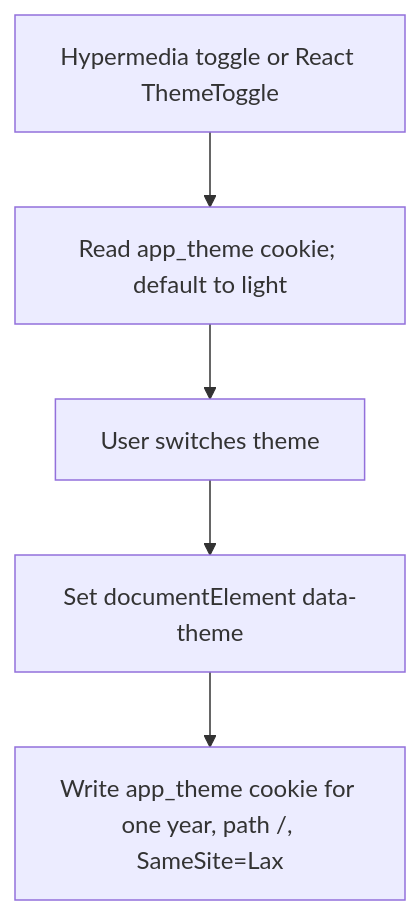
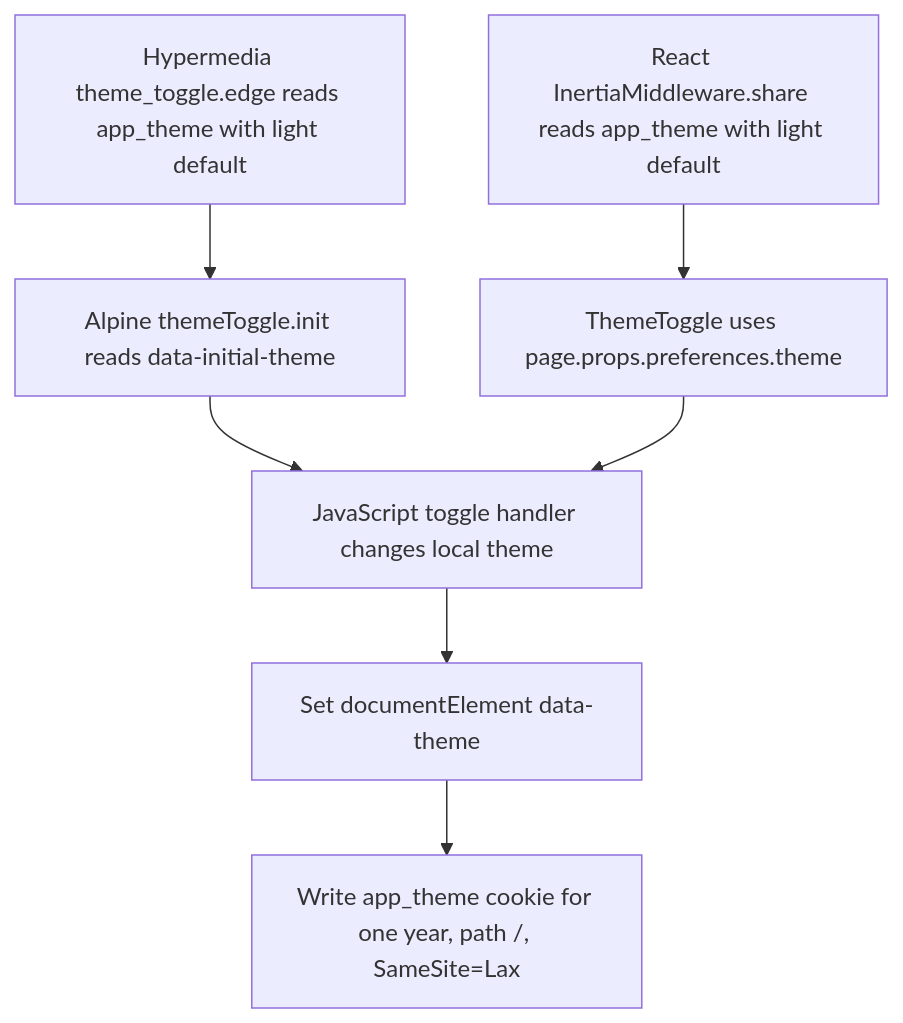
The second of 2 diagrams in user-stories/accounts/us-account-13-change-theme-preference.md (Kevinjohn/oss-adonisjs-starter-examples), drawn with Mermaid before and after one commit. The commit also changed other lines of this file and 22 other files, not shown here.

````diff
--- a/user-stories/accounts/us-account-13-change-theme-preference.md
+++ b/user-stories/accounts/us-account-13-change-theme-preference.md
@@ -30,7 +33,9 @@
 ```mermaid
 flowchart TD
-    A["Hypermedia toggle or React ThemeToggle"] --> B["Read app_theme cookie; default to light"]
-    B --> C["User switches theme"]
+    A["Hypermedia theme_toggle.edge reads app_theme with light default"] --> B["Alpine themeToggle.init reads data-initial-theme"]
+    F["React InertiaMiddleware.share reads app_theme with light default"] --> G["ThemeToggle uses page.props.preferences.theme"]
+    B --> C["JavaScript toggle handler changes local theme"]
+    G --> C
     C --> D["Set documentElement data-theme"]
     D --> E["Write app_theme cookie for one year, path /, SameSite=Lax"]
 ```
````
